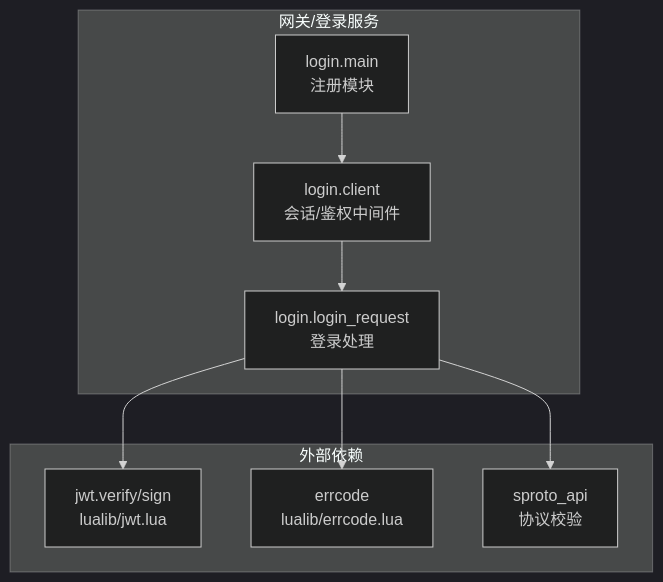
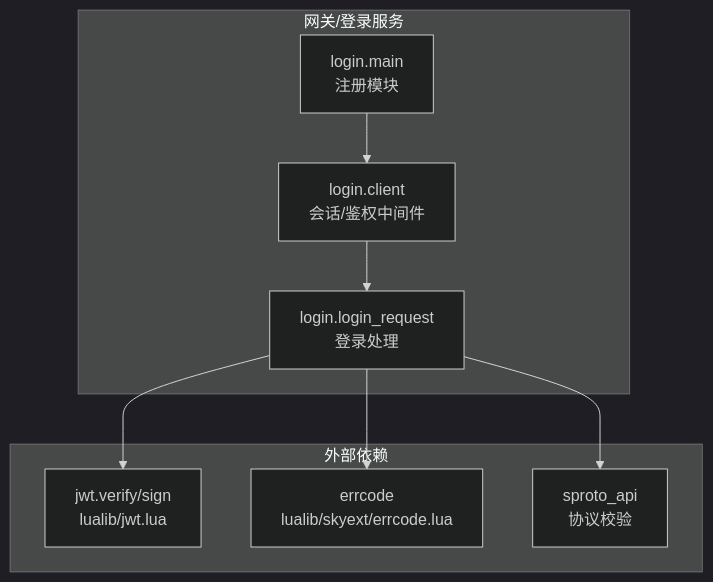
The first of 4 diagrams in docs/repowiki/zh/content/API 参考/二进制协议/登录协议.md (hanxi/skyext), drawn with Mermaid (dark theme) before and after one commit. The commit also changed other lines of this file and 117 other files, not shown here.

````diff
--- a/docs/repowiki/zh/content/API 参考/二进制协议/登录协议.md
+++ b/docs/repowiki/zh/content/API 参考/二进制协议/登录协议.md
@@ -50,15 +50,15 @@
 ```mermaid
 graph TB
 subgraph "网关/登录服务"
 A["login.main<br/>注册模块"] --> B["login.client<br/>会话/鉴权中间件"]
 B --> C["login.login_request<br/>登录处理"]
 end
 subgraph "外部依赖"
 D["jwt.verify/sign<br/>lualib/jwt.lua"]
-E["errcode<br/>lualib/errcode.lua"]
+E["errcode<br/>lualib/skyext/errcode.lua"]
 F["sproto_api<br/>协议校验"]
 end
 C --> D
 C --> E
 C --> F
 ```
````
